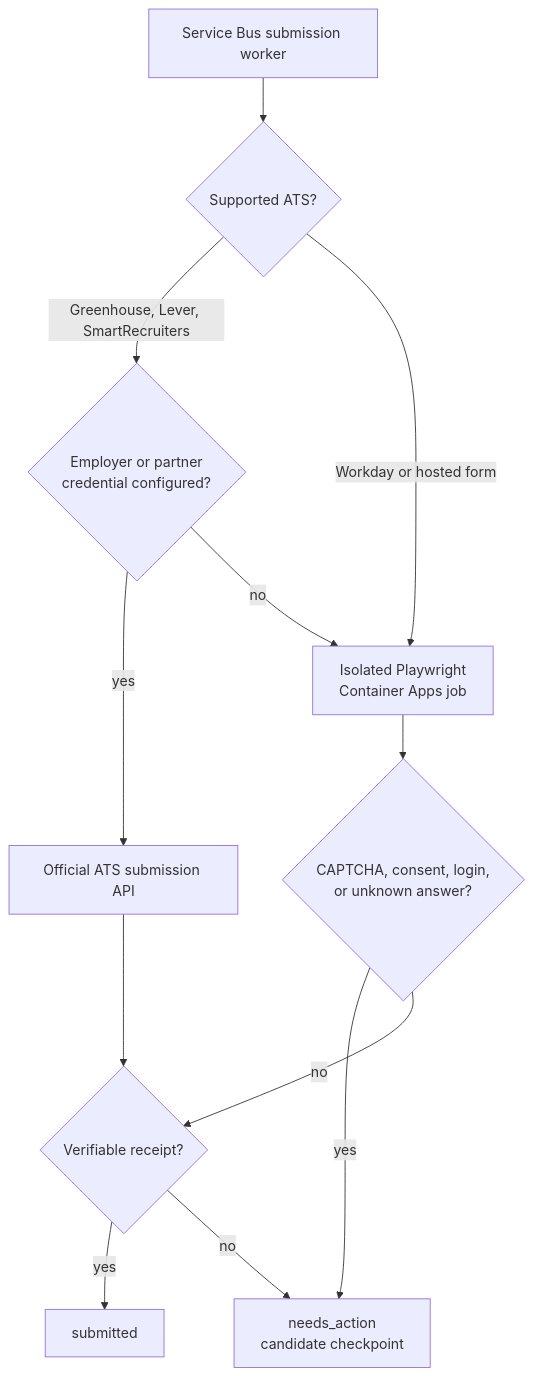
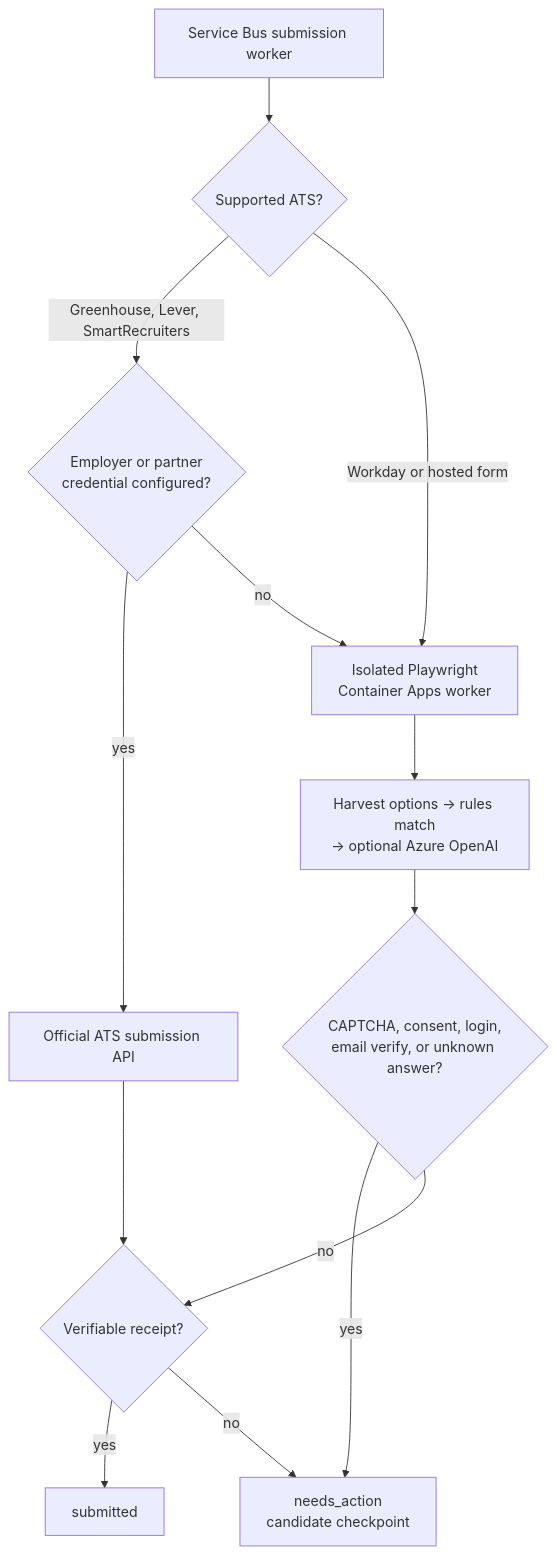
Before and after one commit to shivangsoni/resume_tool: the sixth of 7 diagrams in ARCHITECTURE.md, drawn with Mermaid. The commit also changed other lines of this file and 45 other files, not shown here.

````diff
--- a/ARCHITECTURE.md
+++ b/ARCHITECTURE.md
@@ -154,24 +165,26 @@
 ```mermaid
 flowchart TD
     Worker[Service Bus submission worker]
     Detect{Supported ATS?}
     Credential{Employer or partner<br/>credential configured?}
     API[Official ATS submission API]
-    Browser[Isolated Playwright<br/>Container Apps job]
-    Human{CAPTCHA, consent, login,<br/>or unknown answer?}
+    Browser[Isolated Playwright<br/>Container Apps worker]
+    Match[Harvest options → rules match<br/>→ optional Azure OpenAI]
+    Human{CAPTCHA, consent, login,<br/>email verify, or unknown answer?}
     Pause[needs_action<br/>candidate checkpoint]
     Receipt{Verifiable receipt?}
     Submitted[submitted]
 
     Worker --> Detect
     Detect -->|Greenhouse, Lever, SmartRecruiters| Credential
     Credential -->|yes| API
     Credential -->|no| Browser
     Detect -->|Workday or hosted form| Browser
-    Browser --> Human
+    Browser --> Match
+    Match --> Human
     Human -->|yes| Pause
     Human -->|no| Receipt
     API --> Receipt
     Receipt -->|yes| Submitted
     Receipt -->|no| Pause
 ```
````
